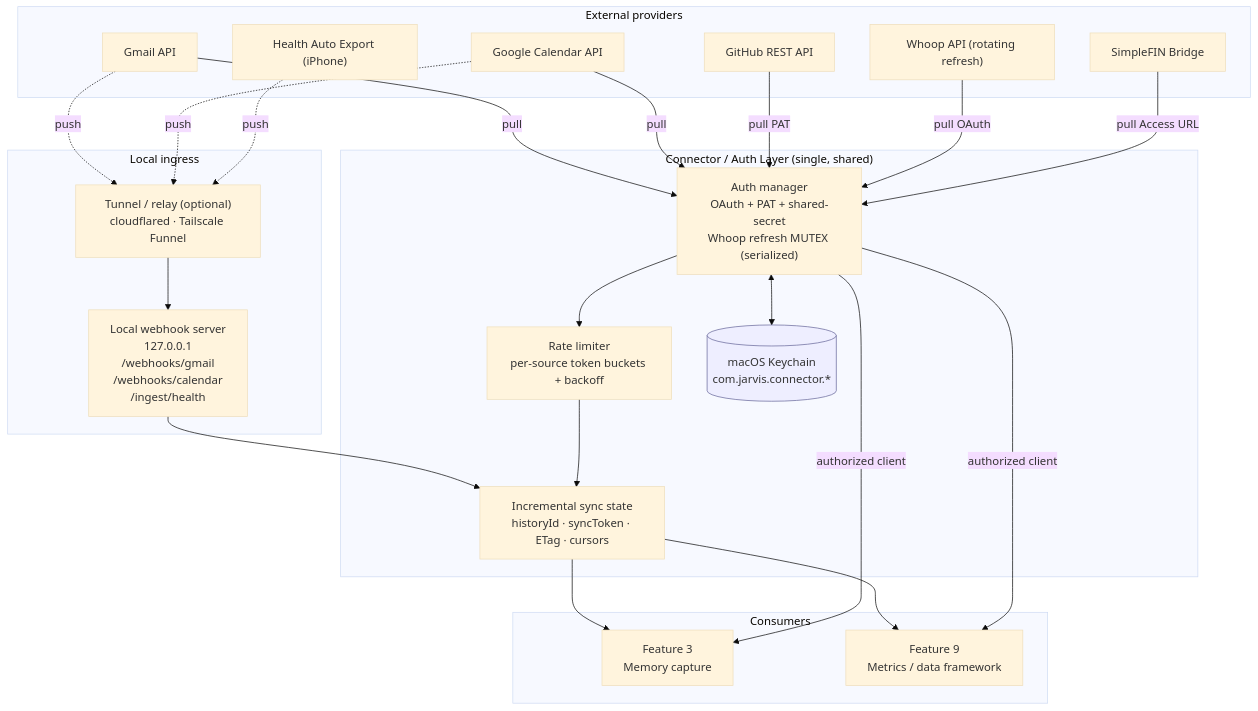
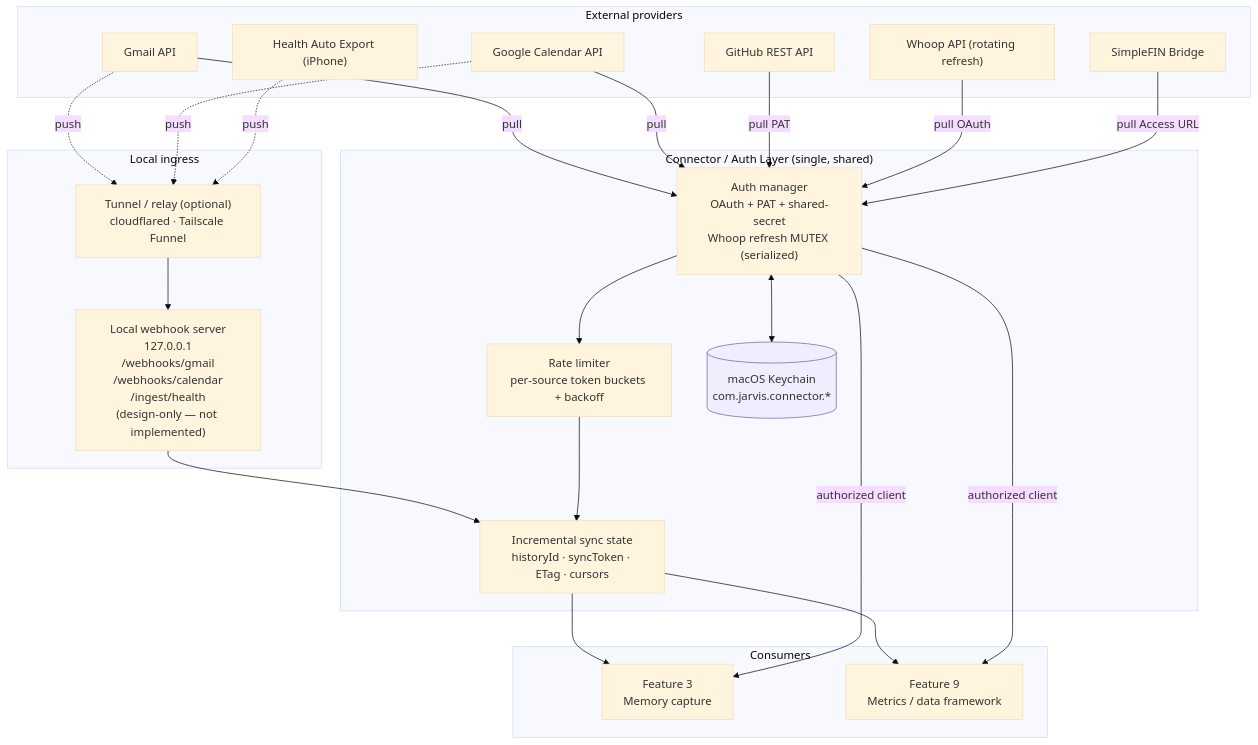
The diagram in architecture/auth-and-integrations.md (Anirudh-Sridharan/Jarvis), drawn with Mermaid (base theme) before and after one commit. The commit also changed other lines of this file, not shown here.

First line of the commit message:
docs(04-01): mark auth-and-integrations.md §4 webhooks design-only

````diff
--- a/architecture/auth-and-integrations.md
+++ b/architecture/auth-and-integrations.md
@@ -284,52 +286,52 @@
 ```mermaid
 flowchart TB
     subgraph Providers["External providers"]
         GM["Gmail API"]
         CAL["Google Calendar API"]
         GH["GitHub REST API"]
         WH["Whoop API (rotating refresh)"]
         SF["SimpleFIN Bridge"]
         HAE["Health Auto Export (iPhone)"]
     end
 
     subgraph Edge["Local ingress"]
         TUN["Tunnel / relay (optional)\ncloudflared · Tailscale Funnel"]
-        WHS["Local webhook server\n127.0.0.1\n/webhooks/gmail\n/webhooks/calendar\n/ingest/health"]
+        WHS["Local webhook server\n127.0.0.1\n/webhooks/gmail\n/webhooks/calendar\n/ingest/health\n(design-only — not implemented)"]
     end
 
     subgraph Core["Connector / Auth Layer (single, shared)"]
         AUTH["Auth manager\nOAuth + PAT + shared-secret\nWhoop refresh MUTEX (serialized)"]
         RATE["Rate limiter\nper-source token buckets + backoff"]
         SYNC["Incremental sync state\nhistoryId · syncToken · ETag · cursors"]
         KC[("macOS Keychain\ncom.jarvis.connector.*")]
     end
 
     subgraph Consumers["Consumers"]
         F3["Feature 3\nMemory capture"]
         F9["Feature 9\nMetrics / data framework"]
     end
 
     GM -->|pull| AUTH
     CAL -->|pull| AUTH
     GH -->|pull PAT| AUTH
     WH -->|pull OAuth| AUTH
     SF -->|pull Access URL| AUTH
 
     GM -. push .-> TUN
     CAL -. push .-> TUN
     HAE -. push .-> TUN
     TUN --> WHS
     WHS --> SYNC
 
     AUTH <--> KC
     AUTH --> RATE
     RATE --> SYNC
 
     SYNC --> F3
     SYNC --> F9
     AUTH -->|authorized client| F3
     AUTH -->|authorized client| F9
 
     classDef store fill:#eef,stroke:#669;
     class KC store;
 ```
````
